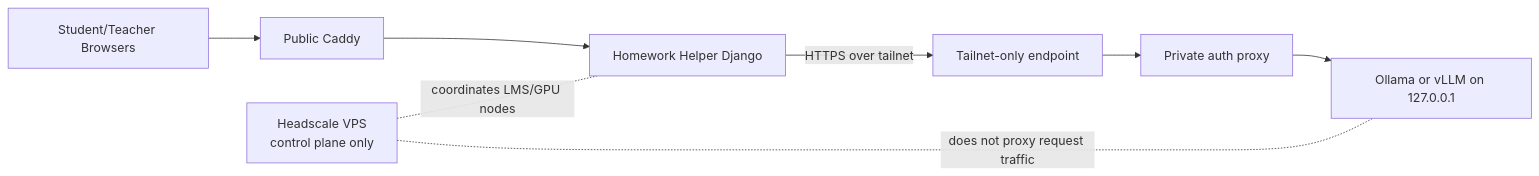
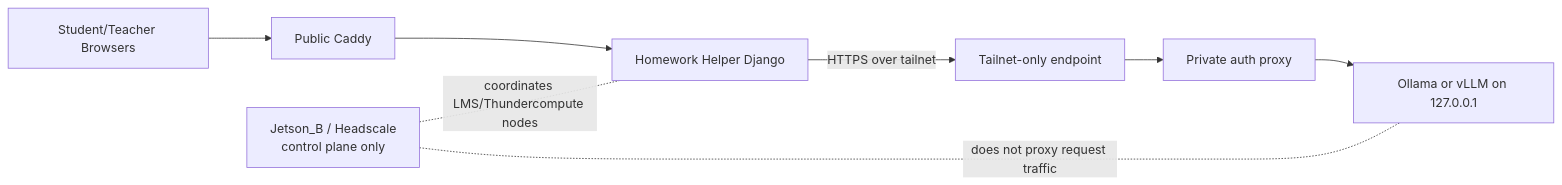
The diagram in ops/llm-server/README.md (bseverns/classhub), drawn with Mermaid before and after one commit. The commit also changed other lines of this file and 32 other files, not shown here.

Commit message:
Jetson-B headscale role

````diff
--- a/ops/llm-server/README.md
+++ b/ops/llm-server/README.md
@@ -23,12 +23,12 @@
 ```mermaid
 flowchart LR
   B[Student/Teacher Browsers] --> C[Public Caddy]
   C --> H[Homework Helper Django]
   H -->|HTTPS over tailnet| T[Tailnet-only endpoint]
   T --> P[Private auth proxy]
   P --> O[Ollama or vLLM on 127.0.0.1]
-  HS[Headscale VPS<br/>control plane only]
+  HS[Jetson_B / Headscale<br/>control plane only]
 
-  HS -. coordinates LMS/GPU nodes .- H
+  HS -. coordinates LMS/Thundercompute nodes .- H
   HS -. does not proxy request traffic .- O
 ```
````
